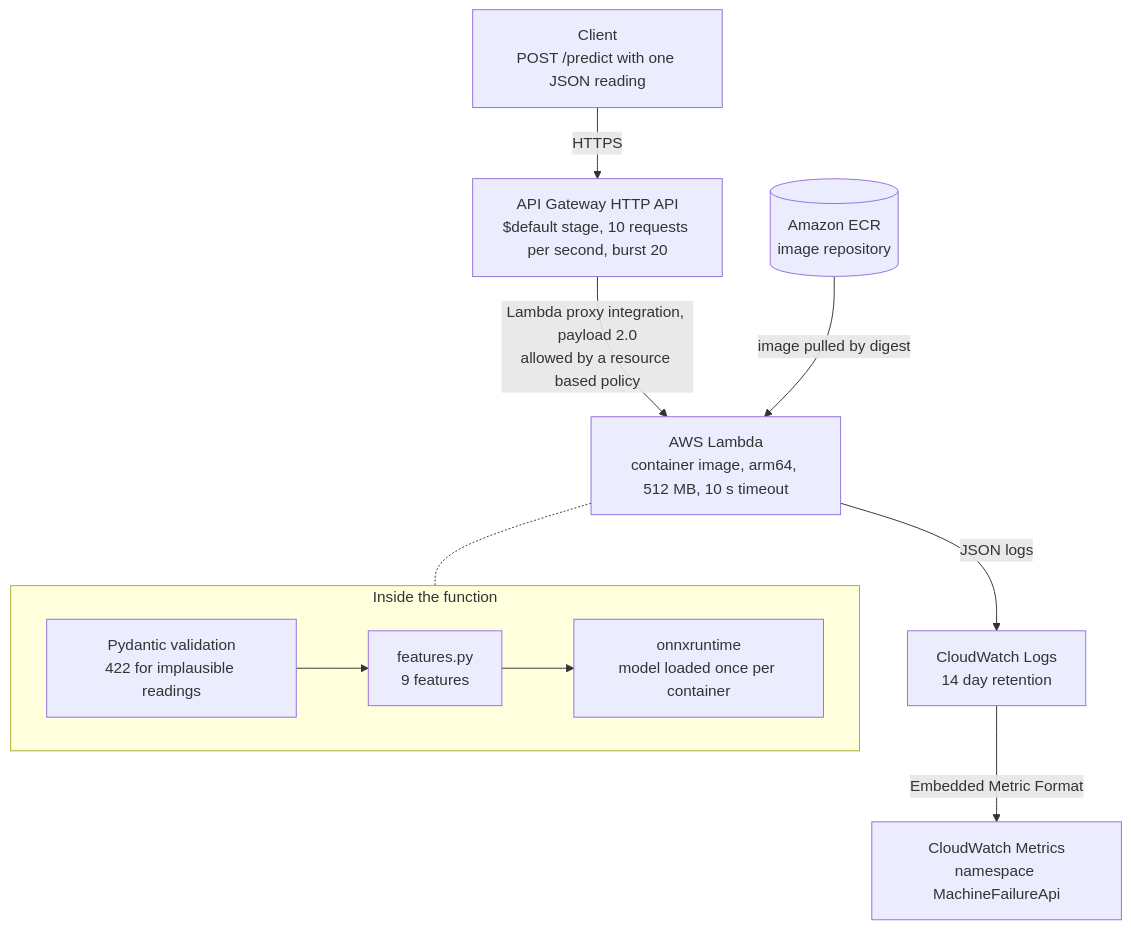
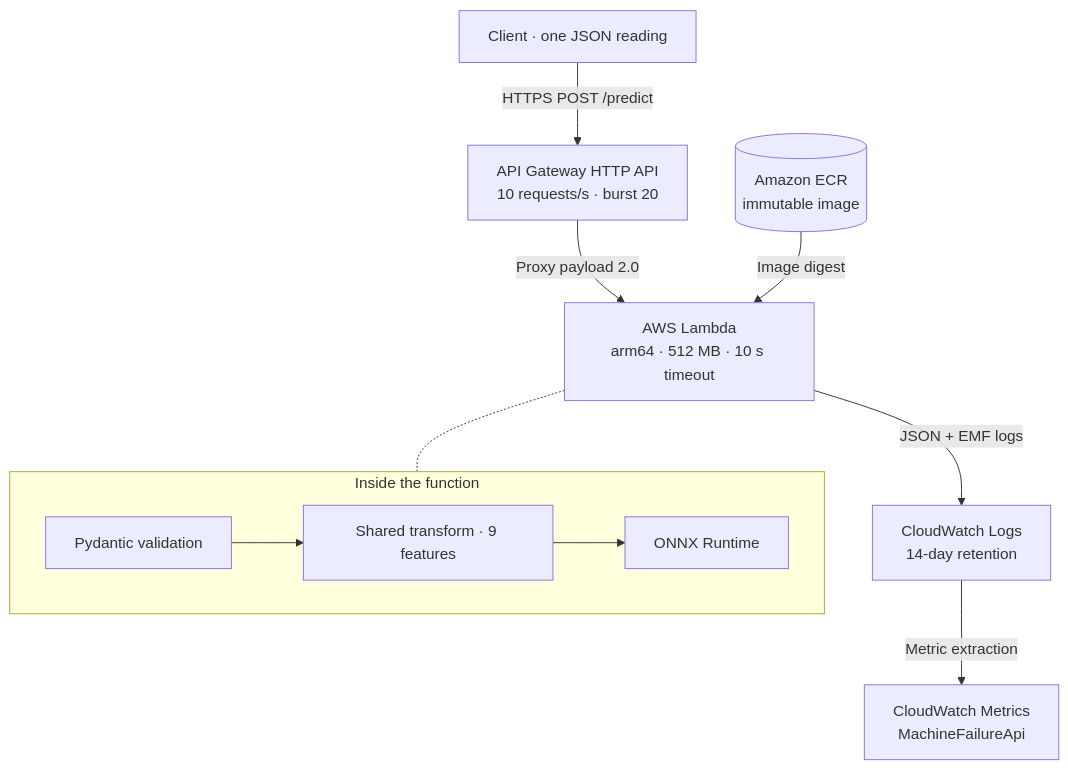
The diagram in README.md (abh2050/machine-failure-api-aws-ECR), drawn with Mermaid before and after one commit. The commit also changed other lines of this file and 42 other files, not shown here.

````diff
--- a/README.md
+++ b/README.md
@@ -28,21 +72,21 @@
 ```mermaid
 flowchart TB
-    client["Client<br/>POST /predict with one JSON reading"]
-    apigw["API Gateway HTTP API<br/>$default stage, 10 requests per second, burst 20"]
-    lambda["AWS Lambda<br/>container image, arm64, 512 MB, 10 s timeout"]
-    ecr[("Amazon ECR<br/>image repository")]
-    logs["CloudWatch Logs<br/>14 day retention"]
-    metrics["CloudWatch Metrics<br/>namespace MachineFailureApi"]
+    client["Client · one JSON reading"]
+    apigw["API Gateway HTTP API<br/>10 requests/s · burst 20"]
+    lambda["AWS Lambda<br/>arm64 · 512 MB · 10 s timeout"]
+    ecr[("Amazon ECR<br/>immutable image")]
+    logs["CloudWatch Logs<br/>14-day retention"]
+    metrics["CloudWatch Metrics<br/>MachineFailureApi"]
 
-    client -->|HTTPS| apigw
-    apigw -->|"Lambda proxy integration, payload 2.0<br/>allowed by a resource based policy"| lambda
-    ecr -->|image pulled by digest| lambda
-    lambda -->|JSON logs| logs
-    logs -->|Embedded Metric Format| metrics
+    client -->|HTTPS POST /predict| apigw
+    apigw -->|"Proxy payload 2.0"| lambda
+    ecr -->|"Image digest"| lambda
+    lambda -->|"JSON + EMF logs"| logs
+    logs -->|"Metric extraction"| metrics
 
     subgraph handler["Inside the function"]
         direction LR
-        v["Pydantic validation<br/>422 for implausible readings"] --> f["features.py<br/>9 features"] --> o["onnxruntime<br/>model loaded once per container"]
+        v["Pydantic validation"] --> f["Shared transform · 9 features"] --> o["ONNX Runtime"]
     end
     lambda -.- handler
 ```
````
